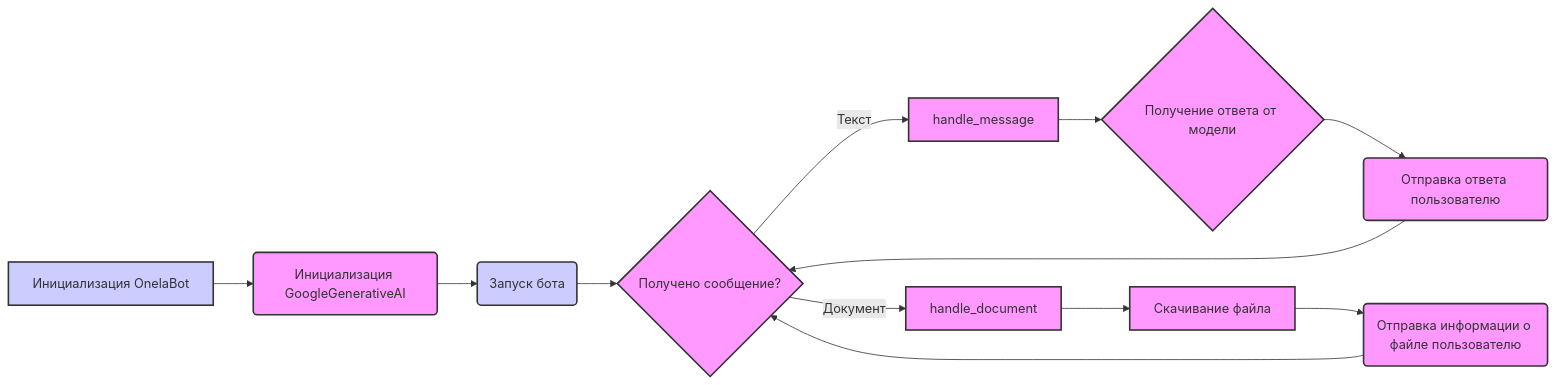
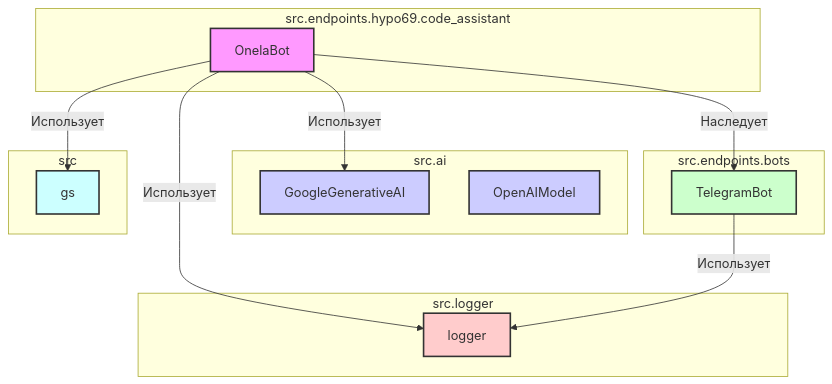
The second of 3 diagrams in docs/gemini/ru/explainer/src/endpoints/hypo69/code_assistant/onela_bot.py.md (hypo69/hypo), drawn with Mermaid before and after one commit. The commit also changed other lines of this file and 6031 other files, not shown here.

````diff
--- a/docs/gemini/ru/explainer/src/endpoints/hypo69/code_assistant/onela_bot.py.md
+++ b/docs/gemini/ru/explainer/src/endpoints/hypo69/code_assistant/onela_bot.py.md
@@ -40,20 +40,37 @@
 ```mermaid
-graph LR
-    A[Инициализация OnelaBot] --> B(Инициализация GoogleGenerativeAI);
-    B --> C(Запуск бота);
-    C --> D{Получено сообщение?};
-    D -- Текст --> E[handle_message];
-    D -- Документ --> F[handle_document];
-    E --> G{Получение ответа от модели};
-    G --> H(Отправка ответа пользователю);
-    F --> I[Скачивание файла];
-    I --> J(Отправка информации о файле пользователю);
-    H --> D;
-    J --> D;
+flowchart TD
+    subgraph src.endpoints.hypo69.code_assistant
+        A[OnelaBot]
+    end
+
+    subgraph src.ai
+        B[GoogleGenerativeAI]
+        C[OpenAIModel]
+    end
+
+    subgraph src.endpoints.bots
+        D[TelegramBot]
+    end
+
+    subgraph src.logger
+        E[logger]
+    end
+
+    subgraph src
+        F[gs]
+    end
     
-    classDef classStyle fill:#f9f,stroke:#333,stroke-width:2px
-    class A,B,C,D,E,F,G,H,I,J classStyle
-    
-    style A fill:#ccf,stroke:#333,stroke-width:2px
+     A -- Использует --> B
+     A -- Наследует --> D
+     A -- Использует --> E
+     A -- Использует --> F
+     D -- Использует --> E
+     
+
+    style A fill:#f9f,stroke:#333,stroke-width:2px
+    style B fill:#ccf,stroke:#333,stroke-width:2px
     style C fill:#ccf,stroke:#333,stroke-width:2px
+    style D fill:#cfc,stroke:#333,stroke-width:2px
+    style E fill:#fcc,stroke:#333,stroke-width:2px
+    style F fill:#cff,stroke:#333,stroke-width:2px
 ```
````
